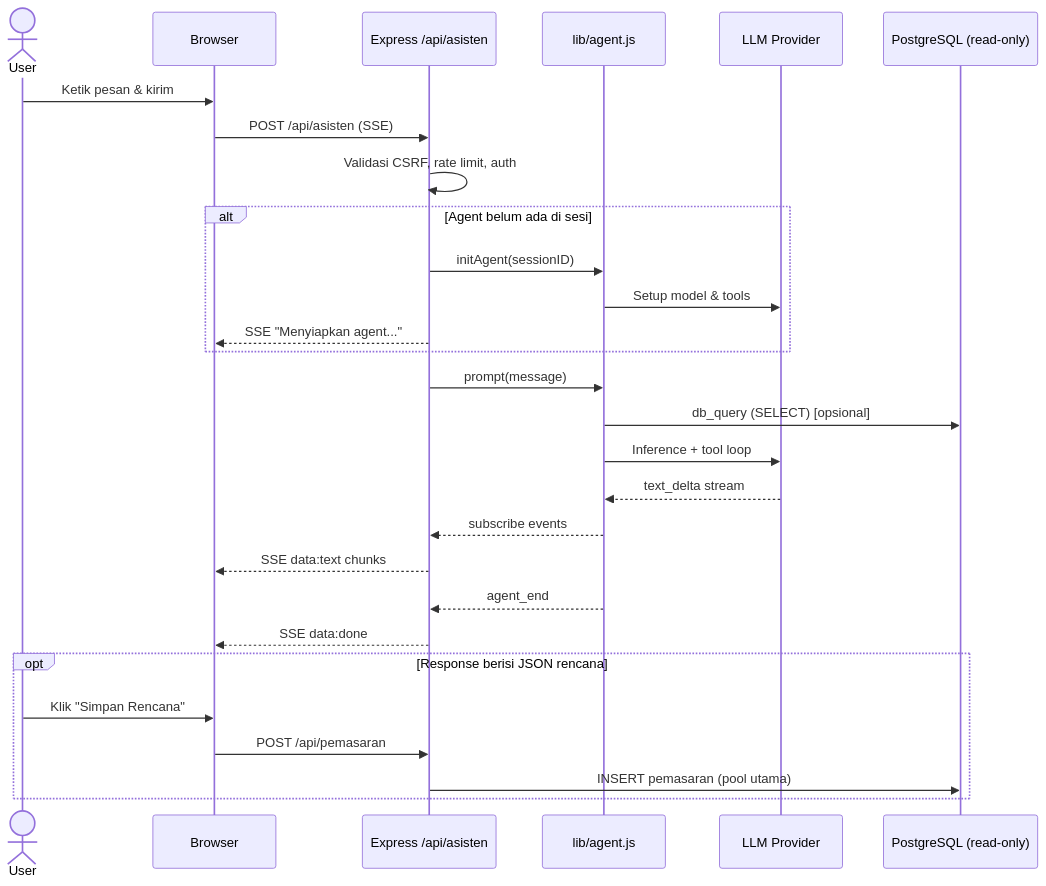
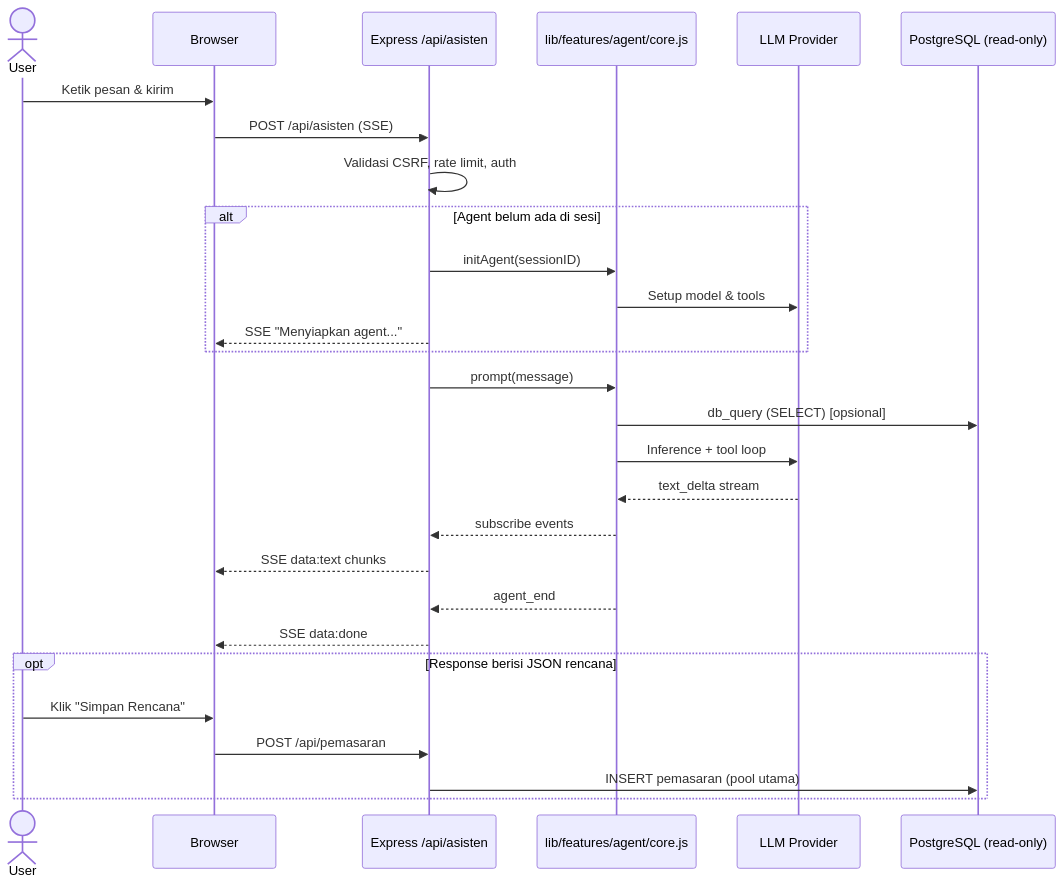
The fifth of 12 diagrams in README.md (iggbudi/socai), drawn with Mermaid before and after one commit. The commit also changed other lines of this file and 37 other files, not shown here.

Commit message:
refactor(agent): move agent feature to lib/features/ (vertical slicing F6)

````diff
--- a/README.md
+++ b/README.md
@@ -272,34 +272,34 @@
 ```mermaid
 sequenceDiagram
     actor User
     participant Browser
     participant Express as Express /api/asisten
-    participant Agent as lib/agent.js
+    participant Agent as lib/features/agent/core.js
     participant LLM as LLM Provider
     participant DB as PostgreSQL (read-only)
 
     User->>Browser: Ketik pesan & kirim
     Browser->>Express: POST /api/asisten (SSE)
     Express->>Express: Validasi CSRF, rate limit, auth
 
     alt Agent belum ada di sesi
         Express->>Agent: initAgent(sessionID)
         Agent->>LLM: Setup model & tools
         Express-->>Browser: SSE "Menyiapkan agent..."
     end
 
     Express->>Agent: prompt(message)
     Agent->>DB: db_query (SELECT) [opsional]
     Agent->>LLM: Inference + tool loop
     LLM-->>Agent: text_delta stream
     Agent-->>Express: subscribe events
     Express-->>Browser: SSE data:text chunks
     Agent-->>Express: agent_end
     Express-->>Browser: SSE data:done
 
     opt Response berisi JSON rencana
         User->>Browser: Klik "Simpan Rencana"
         Browser->>Express: POST /api/pemasaran
         Express->>DB: INSERT pemasaran (pool utama)
     end
 ```
````
